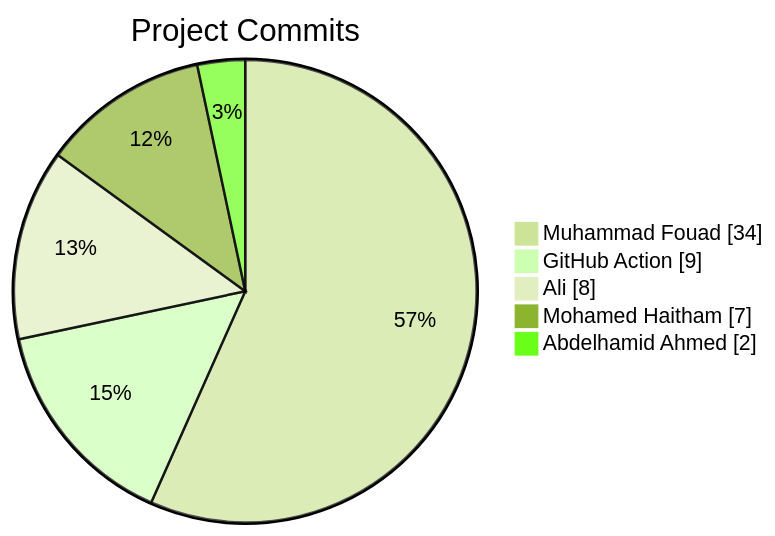
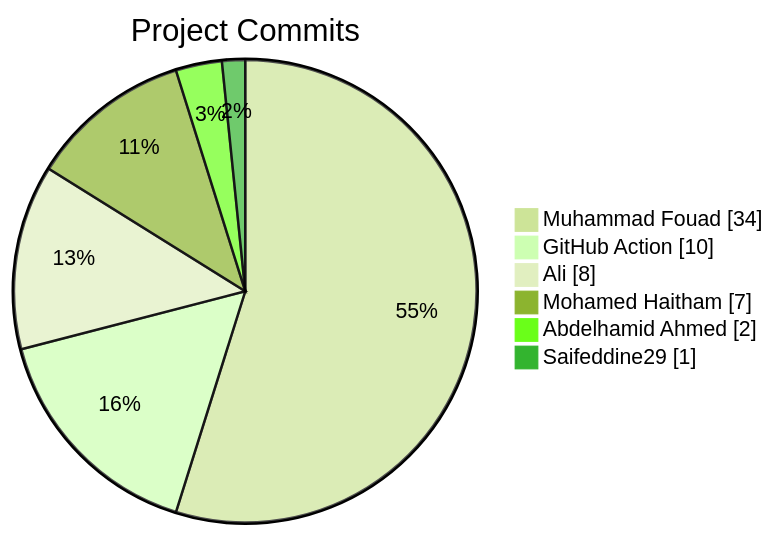
One commit to Abdelhamid-El-rashidy/Library_System changed the diagram in README.md. Above: the diagram before and after it, drawn with Mermaid (forest theme).

Commit message:
docs: update contributor stats [skip ci]

````diff
--- a/README.md
+++ b/README.md
@@ -11,9 +11,10 @@
 ```mermaid
 pie showData
     title Project Commits
     "Muhammad Fouad" : 34
-    "GitHub Action" : 9
+    "GitHub Action" : 10
     "Ali" : 8
     "Mohamed Haitham" : 7
     "Abdelhamid Ahmed" : 2
+    "Saifeddine29" : 1
 ```
````
